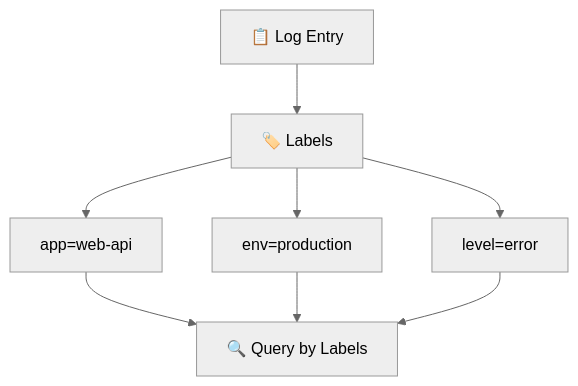
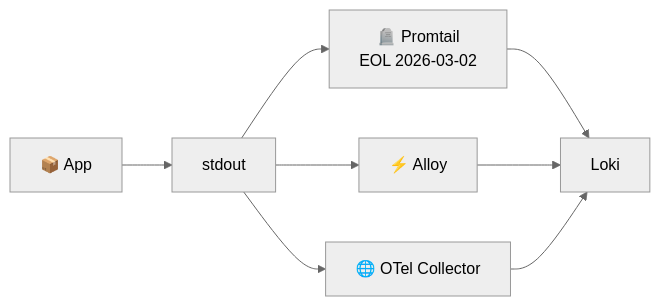
One commit to inno-devops-labs/DevOps-Core-Course changed the eighth of 10 diagrams in lectures/lec7.md. Above: the diagram before and after it, drawn with Mermaid (neutral theme). The commit also changed other lines of this file and 24 other files, not shown here.

````diff
--- a/lectures/lec7.md
+++ b/lectures/lec7.md
@@ -442,10 +300,10 @@
 ```mermaid
-flowchart TD
-  Log[📋 Log Entry] --> Labels[🏷️ Labels]
-  Labels --> App[app=web-api]
-  Labels --> Env[env=production]
-  Labels --> Level[level=error]
-  App --> Query[🔍 Query by Labels]
-  Env --> Query
-  Level --> Query
+flowchart LR
+  App[📦 App] --> Stdout[stdout]
+  Stdout --> A2[⚡ Alloy]
+  Stdout --> A1[🪦 Promtail<br/>EOL 2026-03-02]
+  Stdout --> A3[🌐 OTel Collector]
+  A1 --> Loki
+  A2 --> Loki
+  A3 --> Loki
 ```
````
